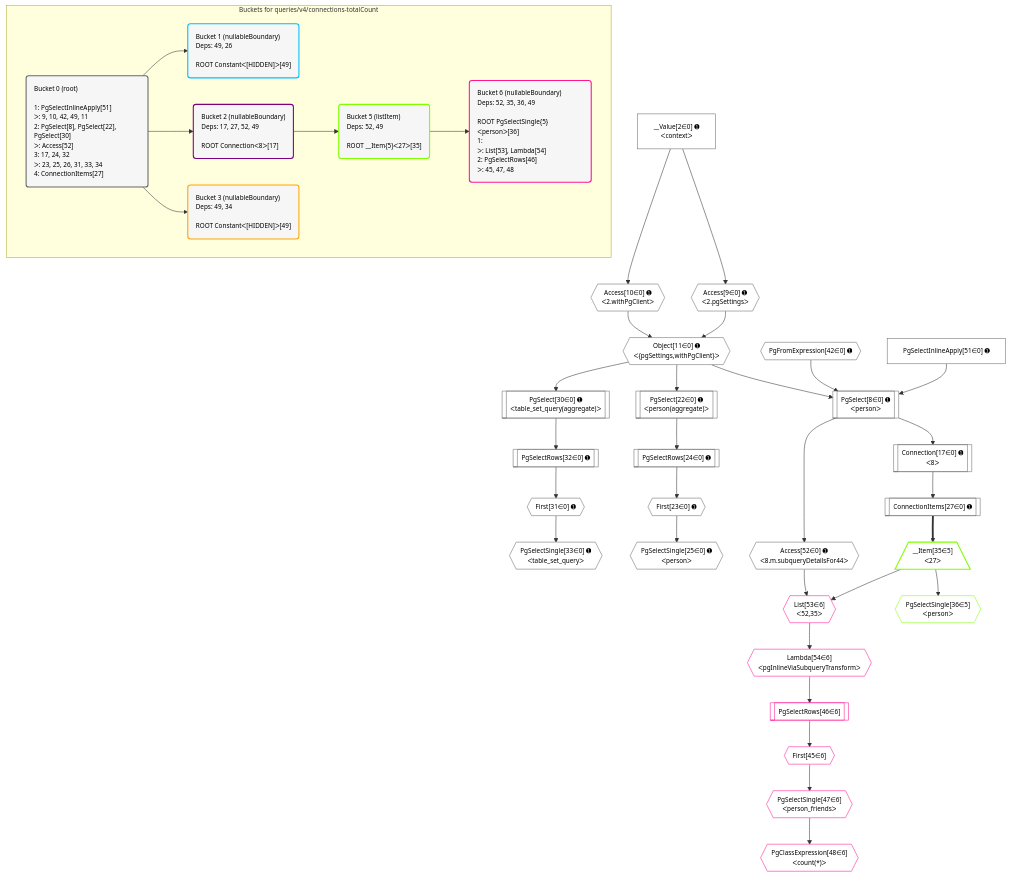
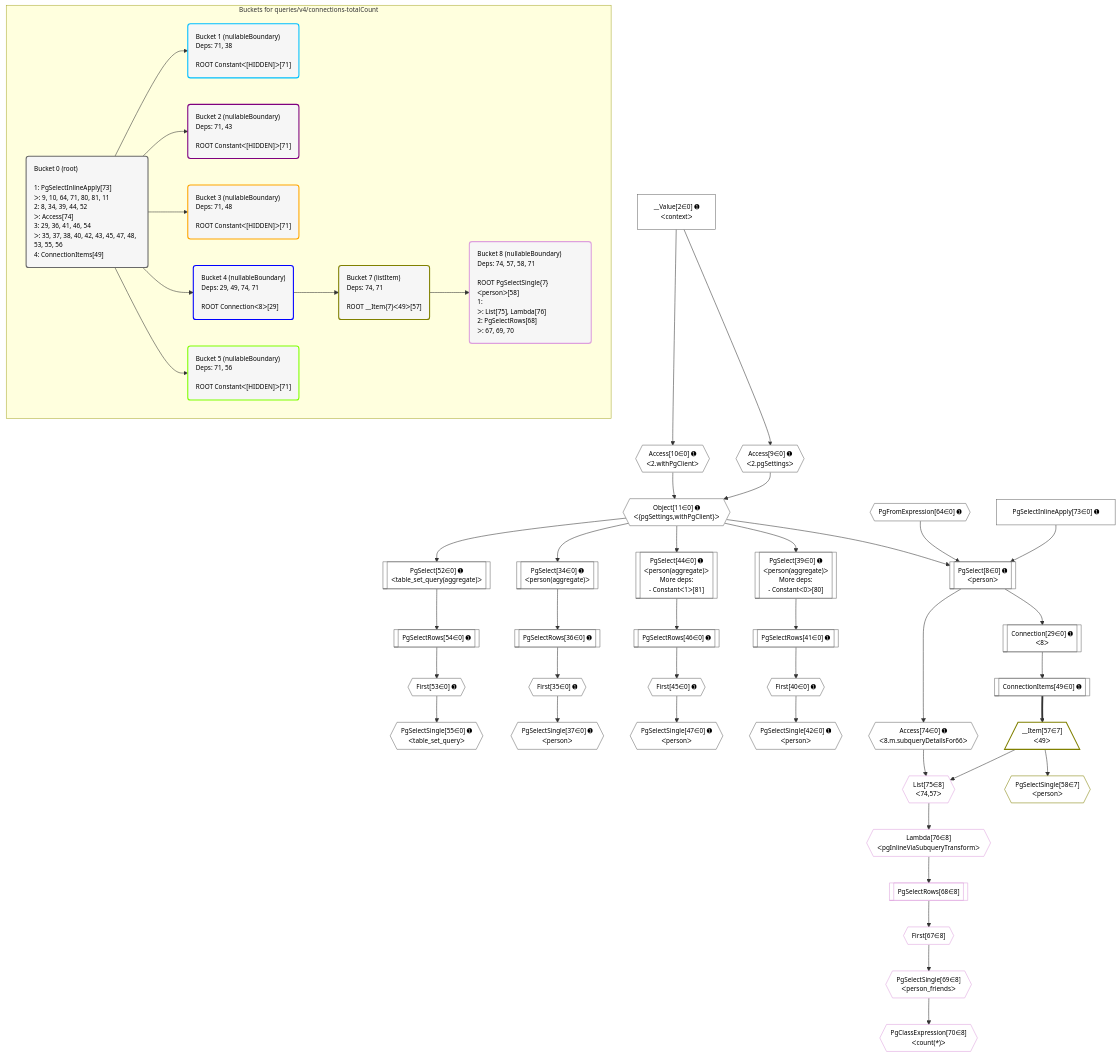
One commit to graphile/crystal changed the diagram in postgraphile/postgraphile/__tests__/queries/v4/connections-totalCount.mermaid. Above: the diagram before and after it, drawn with Mermaid. The commit also changed 2 other files, not shown here.

```diff
--- a/postgraphile/postgraphile/__tests__/queries/v4/connections-totalCount.mermaid
+++ b/postgraphile/postgraphile/__tests__/queries/v4/connections-totalCount.mermaid
@@ -1,85 +1,107 @@
 %%{init: {'themeVariables': { 'fontSize': '12px'}}}%%
 graph TD
     classDef path fill:#eee,stroke:#000,color:#000
     classDef plan fill:#fff,stroke-width:1px,color:#000
     classDef itemplan fill:#fff,stroke-width:2px,color:#000
     classDef unbatchedplan fill:#dff,stroke-width:1px,color:#000
     classDef sideeffectplan fill:#fcc,stroke-width:2px,color:#000
     classDef bucket fill:#f6f6f6,color:#000,stroke-width:2px,text-align:left
 
     subgraph "Buckets for queries/v4/connections-totalCount"
-    Bucket0("Bucket 0 (root)<br /><br />1: PgSelectInlineApply[51]<br />ᐳ: 9, 10, 42, 49, 11<br />2: PgSelect[8], PgSelect[22], PgSelect[30]<br />ᐳ: Access[52]<br />3: 17, 24, 32<br />ᐳ: 23, 25, 26, 31, 33, 34<br />4: ConnectionItems[27]"):::bucket
-    Bucket1("Bucket 1 (nullableBoundary)<br />Deps: 49, 26<br /><br />ROOT Constantᐸ[HIDDEN]ᐳ[49]"):::bucket
-    Bucket2("Bucket 2 (nullableBoundary)<br />Deps: 17, 27, 52, 49<br /><br />ROOT Connectionᐸ8ᐳ[17]"):::bucket
-    Bucket3("Bucket 3 (nullableBoundary)<br />Deps: 49, 34<br /><br />ROOT Constantᐸ[HIDDEN]ᐳ[49]"):::bucket
-    Bucket5("Bucket 5 (listItem)<br />Deps: 52, 49<br /><br />ROOT __Item{5}ᐸ27ᐳ[35]"):::bucket
-    Bucket6("Bucket 6 (nullableBoundary)<br />Deps: 52, 35, 36, 49<br /><br />ROOT PgSelectSingle{5}ᐸpersonᐳ[36]<br />1: <br />ᐳ: List[53], Lambda[54]<br />2: PgSelectRows[46]<br />ᐳ: 45, 47, 48"):::bucket
+    Bucket0("Bucket 0 (root)<br /><br />1: PgSelectInlineApply[73]<br />ᐳ: 9, 10, 64, 71, 80, 81, 11<br />2: 8, 34, 39, 44, 52<br />ᐳ: Access[74]<br />3: 29, 36, 41, 46, 54<br />ᐳ: 35, 37, 38, 40, 42, 43, 45, 47, 48, 53, 55, 56<br />4: ConnectionItems[49]"):::bucket
+    Bucket1("Bucket 1 (nullableBoundary)<br />Deps: 71, 38<br /><br />ROOT Constantᐸ[HIDDEN]ᐳ[71]"):::bucket
+    Bucket2("Bucket 2 (nullableBoundary)<br />Deps: 71, 43<br /><br />ROOT Constantᐸ[HIDDEN]ᐳ[71]"):::bucket
+    Bucket3("Bucket 3 (nullableBoundary)<br />Deps: 71, 48<br /><br />ROOT Constantᐸ[HIDDEN]ᐳ[71]"):::bucket
+    Bucket4("Bucket 4 (nullableBoundary)<br />Deps: 29, 49, 74, 71<br /><br />ROOT Connectionᐸ8ᐳ[29]"):::bucket
+    Bucket5("Bucket 5 (nullableBoundary)<br />Deps: 71, 56<br /><br />ROOT Constantᐸ[HIDDEN]ᐳ[71]"):::bucket
+    Bucket7("Bucket 7 (listItem)<br />Deps: 74, 71<br /><br />ROOT __Item{7}ᐸ49ᐳ[57]"):::bucket
+    Bucket8("Bucket 8 (nullableBoundary)<br />Deps: 74, 57, 58, 71<br /><br />ROOT PgSelectSingle{7}ᐸpersonᐳ[58]<br />1: <br />ᐳ: List[75], Lambda[76]<br />2: PgSelectRows[68]<br />ᐳ: 67, 69, 70"):::bucket
     end
-    Bucket0 --> Bucket1 & Bucket2 & Bucket3
-    Bucket2 --> Bucket5
-    Bucket5 --> Bucket6
+    Bucket0 --> Bucket1 & Bucket2 & Bucket3 & Bucket4 & Bucket5
+    Bucket4 --> Bucket7
+    Bucket7 --> Bucket8
 
     %% plan dependencies
     PgSelect8[["PgSelect[8∈0] ➊<br />ᐸpersonᐳ"]]:::plan
     Object11{{"Object[11∈0] ➊<br />ᐸ{pgSettings,withPgClient}ᐳ"}}:::plan
-    PgFromExpression42{{"PgFromExpression[42∈0] ➊"}}:::plan
-    PgSelectInlineApply51["PgSelectInlineApply[51∈0] ➊"]:::plan
-    Object11 & PgFromExpression42 & PgSelectInlineApply51 --> PgSelect8
+    PgFromExpression64{{"PgFromExpression[64∈0] ➊"}}:::plan
+    PgSelectInlineApply73["PgSelectInlineApply[73∈0] ➊"]:::plan
+    Object11 & PgFromExpression64 & PgSelectInlineApply73 --> PgSelect8
     Access9{{"Access[9∈0] ➊<br />ᐸ2.pgSettingsᐳ"}}:::plan
     Access10{{"Access[10∈0] ➊<br />ᐸ2.withPgClientᐳ"}}:::plan
     Access9 & Access10 --> Object11
+    PgSelect39[["PgSelect[39∈0] ➊<br />ᐸperson(aggregate)ᐳ<br />More deps:<br />- Constantᐸ0ᐳ[80]"]]:::plan
+    Object11 --> PgSelect39
+    PgSelect44[["PgSelect[44∈0] ➊<br />ᐸperson(aggregate)ᐳ<br />More deps:<br />- Constantᐸ1ᐳ[81]"]]:::plan
+    Object11 --> PgSelect44
     __Value2["__Value[2∈0] ➊<br />ᐸcontextᐳ"]:::plan
     __Value2 --> Access9
     __Value2 --> Access10
-    Connection17[["Connection[17∈0] ➊<br />ᐸ8ᐳ"]]:::plan
-    PgSelect8 --> Connection17
-    PgSelect22[["PgSelect[22∈0] ➊<br />ᐸperson(aggregate)ᐳ"]]:::plan
-    Object11 --> PgSelect22
-    First23{{"First[23∈0] ➊"}}:::plan
-    PgSelectRows24[["PgSelectRows[24∈0] ➊"]]:::plan
-    PgSelectRows24 --> First23
-    PgSelect22 --> PgSelectRows24
-    PgSelectSingle25{{"PgSelectSingle[25∈0] ➊<br />ᐸpersonᐳ"}}:::plan
-    First23 --> PgSelectSingle25
-    ConnectionItems27[["ConnectionItems[27∈0] ➊"]]:::plan
-    Connection17 --> ConnectionItems27
-    PgSelect30[["PgSelect[30∈0] ➊<br />ᐸtable_set_query(aggregate)ᐳ"]]:::plan
-    Object11 --> PgSelect30
-    First31{{"First[31∈0] ➊"}}:::plan
-    PgSelectRows32[["PgSelectRows[32∈0] ➊"]]:::plan
-    PgSelectRows32 --> First31
-    PgSelect30 --> PgSelectRows32
-    PgSelectSingle33{{"PgSelectSingle[33∈0] ➊<br />ᐸtable_set_queryᐳ"}}:::plan
-    First31 --> PgSelectSingle33
-    Access52{{"Access[52∈0] ➊<br />ᐸ8.m.subqueryDetailsFor44ᐳ"}}:::plan
-    PgSelect8 --> Access52
-    __Item35[/"__Item[35∈5]<br />ᐸ27ᐳ"\]:::itemplan
-    ConnectionItems27 ==> __Item35
-    PgSelectSingle36{{"PgSelectSingle[36∈5]<br />ᐸpersonᐳ"}}:::plan
-    __Item35 --> PgSelectSingle36
-    List53{{"List[53∈6]<br />ᐸ52,35ᐳ"}}:::plan
-    Access52 & __Item35 --> List53
-    First45{{"First[45∈6]"}}:::plan
-    PgSelectRows46[["PgSelectRows[46∈6]"]]:::plan
+    Connection29[["Connection[29∈0] ➊<br />ᐸ8ᐳ"]]:::plan
+    PgSelect8 --> Connection29
+    PgSelect34[["PgSelect[34∈0] ➊<br />ᐸperson(aggregate)ᐳ"]]:::plan
+    Object11 --> PgSelect34
+    First35{{"First[35∈0] ➊"}}:::plan
+    PgSelectRows36[["PgSelectRows[36∈0] ➊"]]:::plan
+    PgSelectRows36 --> First35
+    PgSelect34 --> PgSelectRows36
+    PgSelectSingle37{{"PgSelectSingle[37∈0] ➊<br />ᐸpersonᐳ"}}:::plan
+    First35 --> PgSelectSingle37
+    First40{{"First[40∈0] ➊"}}:::plan
+    PgSelectRows41[["PgSelectRows[41∈0] ➊"]]:::plan
+    PgSelectRows41 --> First40
+    PgSelect39 --> PgSelectRows41
+    PgSelectSingle42{{"PgSelectSingle[42∈0] ➊<br />ᐸpersonᐳ"}}:::plan
+    First40 --> PgSelectSingle42
+    First45{{"First[45∈0] ➊"}}:::plan
+    PgSelectRows46[["PgSelectRows[46∈0] ➊"]]:::plan
     PgSelectRows46 --> First45
-    Lambda54{{"Lambda[54∈6]<br />ᐸpgInlineViaSubqueryTransformᐳ"}}:::plan
-    Lambda54 --> PgSelectRows46
-    PgSelectSingle47{{"PgSelectSingle[47∈6]<br />ᐸperson_friendsᐳ"}}:::plan
+    PgSelect44 --> PgSelectRows46
+    PgSelectSingle47{{"PgSelectSingle[47∈0] ➊<br />ᐸpersonᐳ"}}:::plan
     First45 --> PgSelectSingle47
-    PgClassExpression48{{"PgClassExpression[48∈6]<br />ᐸcount(*)ᐳ"}}:::plan
-    PgSelectSingle47 --> PgClassExpression48
-    List53 --> Lambda54
+    ConnectionItems49[["ConnectionItems[49∈0] ➊"]]:::plan
+    Connection29 --> ConnectionItems49
+    PgSelect52[["PgSelect[52∈0] ➊<br />ᐸtable_set_query(aggregate)ᐳ"]]:::plan
+    Object11 --> PgSelect52
+    First53{{"First[53∈0] ➊"}}:::plan
+    PgSelectRows54[["PgSelectRows[54∈0] ➊"]]:::plan
+    PgSelectRows54 --> First53
+    PgSelect52 --> PgSelectRows54
+    PgSelectSingle55{{"PgSelectSingle[55∈0] ➊<br />ᐸtable_set_queryᐳ"}}:::plan
+    First53 --> PgSelectSingle55
+    Access74{{"Access[74∈0] ➊<br />ᐸ8.m.subqueryDetailsFor66ᐳ"}}:::plan
+    PgSelect8 --> Access74
+    __Item57[/"__Item[57∈7]<br />ᐸ49ᐳ"\]:::itemplan
+    ConnectionItems49 ==> __Item57
+    PgSelectSingle58{{"PgSelectSingle[58∈7]<br />ᐸpersonᐳ"}}:::plan
+    __Item57 --> PgSelectSingle58
+    List75{{"List[75∈8]<br />ᐸ74,57ᐳ"}}:::plan
+    Access74 & __Item57 --> List75
+    First67{{"First[67∈8]"}}:::plan
+    PgSelectRows68[["PgSelectRows[68∈8]"]]:::plan
+    PgSelectRows68 --> First67
+    Lambda76{{"Lambda[76∈8]<br />ᐸpgInlineViaSubqueryTransformᐳ"}}:::plan
+    Lambda76 --> PgSelectRows68
+    PgSelectSingle69{{"PgSelectSingle[69∈8]<br />ᐸperson_friendsᐳ"}}:::plan
+    First67 --> PgSelectSingle69
+    PgClassExpression70{{"PgClassExpression[70∈8]<br />ᐸcount(*)ᐳ"}}:::plan
+    PgSelectSingle69 --> PgClassExpression70
+    List75 --> Lambda76
 
     %% define steps
     classDef bucket0 stroke:#696969
-    class Bucket0,__Value2,PgSelect8,Access9,Access10,Object11,Connection17,PgSelect22,First23,PgSelectRows24,PgSelectSingle25,ConnectionItems27,PgSelect30,First31,PgSelectRows32,PgSelectSingle33,PgFromExpression42,PgSelectInlineApply51,Access52 bucket0
+    class Bucket0,__Value2,PgSelect8,Access9,Access10,Object11,Connection29,PgSelect34,First35,PgSelectRows36,PgSelectSingle37,PgSelect39,First40,PgSelectRows41,PgSelectSingle42,PgSelect44,First45,PgSelectRows46,PgSelectSingle47,ConnectionItems49,PgSelect52,First53,PgSelectRows54,PgSelectSingle55,PgFromExpression64,PgSelectInlineApply73,Access74 bucket0
     classDef bucket1 stroke:#00bfff
     class Bucket1 bucket1
     classDef bucket2 stroke:#7f007f
     class Bucket2 bucket2
     classDef bucket3 stroke:#ffa500
     class Bucket3 bucket3
+    classDef bucket4 stroke:#0000ff
+    class Bucket4 bucket4
     classDef bucket5 stroke:#7fff00
-    class Bucket5,__Item35,PgSelectSingle36 bucket5
-    classDef bucket6 stroke:#ff1493
-    class Bucket6,First45,PgSelectRows46,PgSelectSingle47,PgClassExpression48,List53,Lambda54 bucket6
+    class Bucket5 bucket5
+    classDef bucket7 stroke:#808000
+    class Bucket7,__Item57,PgSelectSingle58 bucket7
+    classDef bucket8 stroke:#dda0dd
+    class Bucket8,First67,PgSelectRows68,PgSelectSingle69,PgClassExpression70,List75,Lambda76 bucket8
```
